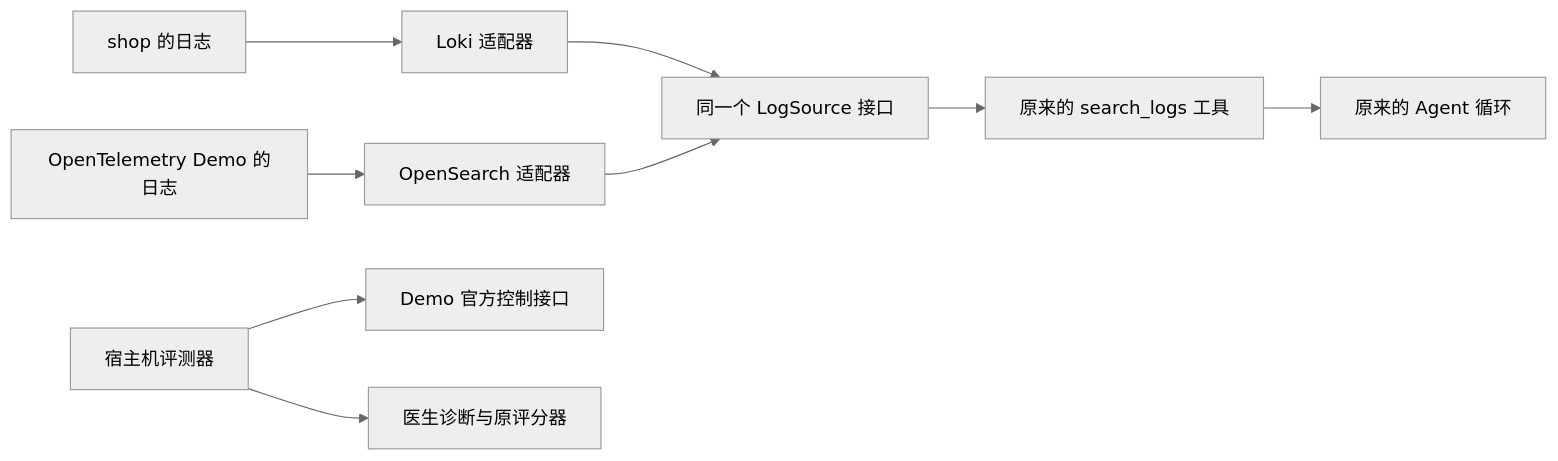
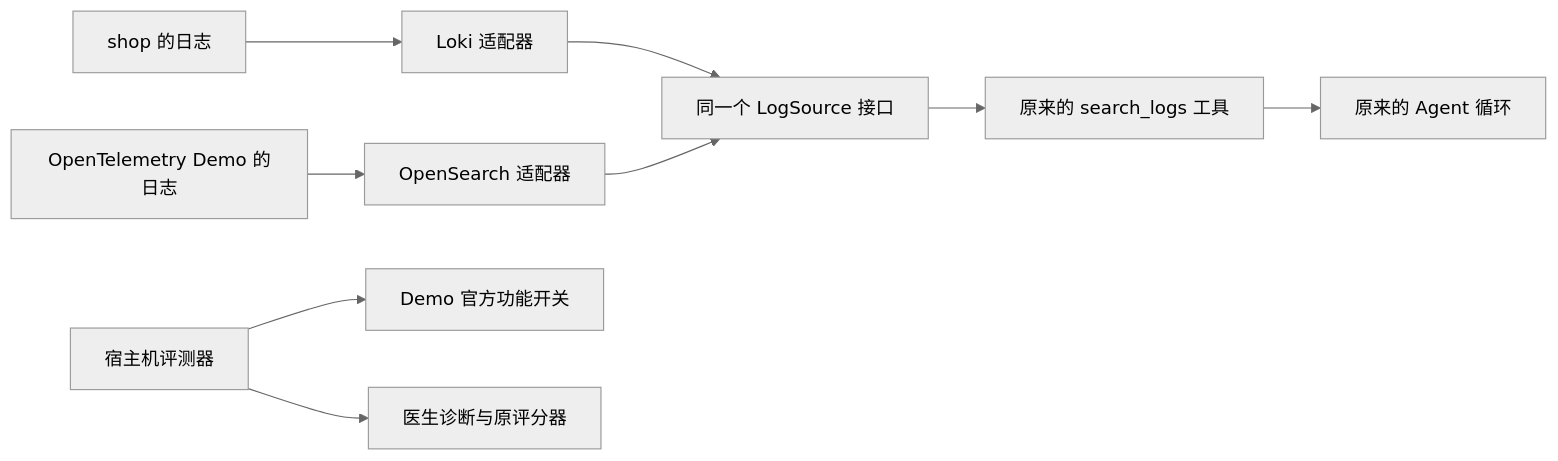
Before and after one commit to Li-Nepenthe/opsdoctor: the diagram in docs/learn/phase-09-generalization.md, drawn with Mermaid (neutral theme). The commit also changed other lines of this file, not shown here.

````diff
--- a/docs/learn/phase-09-generalization.md
+++ b/docs/learn/phase-09-generalization.md
@@ -20,11 +38,11 @@
 ```mermaid
 flowchart LR
     S[shop 的日志] --> L[Loki 适配器]
     O[OpenTelemetry Demo 的日志] --> P[OpenSearch 适配器]
     L --> I[同一个 LogSource 接口]
     P --> I
     I --> T[原来的 search_logs 工具]
     T --> A[原来的 Agent 循环]
-    E[宿主机评测器] --> F[Demo 官方控制接口]
+    E[宿主机评测器] --> F[Demo 官方功能开关]
     E --> D[医生诊断与原评分器]
 ```
````
